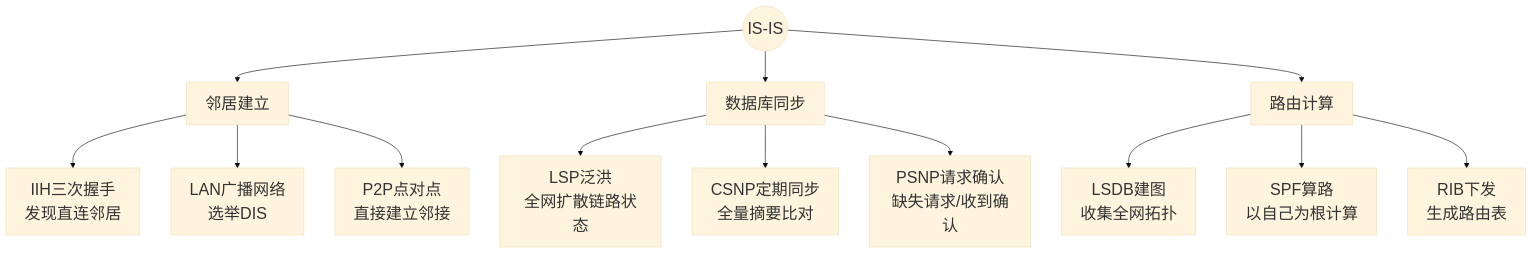
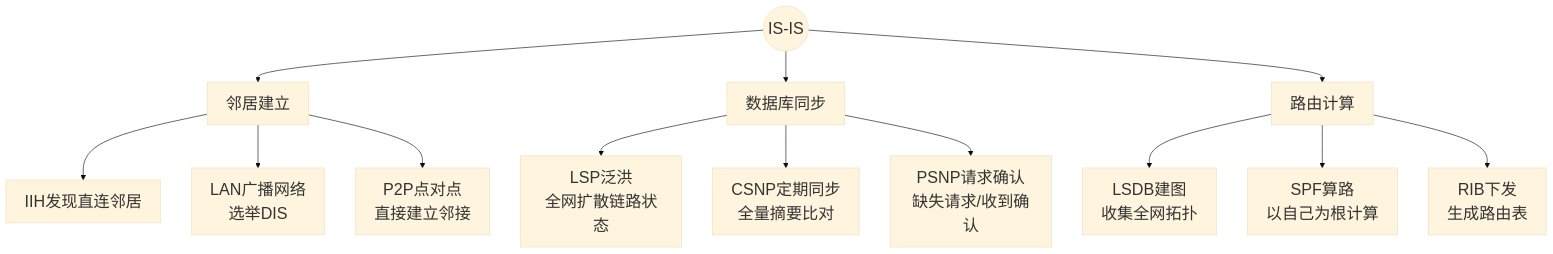
One commit to xbzb404/note changed the first of 6 diagrams in DAY6-IS-IS路由协议知识大纲.md. Above: the diagram before and after it, drawn with Mermaid. The commit also changed other lines of this file and 1 other file, not shown here.

````diff
--- a/DAY6-IS-IS路由协议知识大纲.md
+++ b/DAY6-IS-IS路由协议知识大纲.md
@@ -12,20 +11,20 @@
 ```mermaid
 %%{init: {'theme': 'base', 'themeVariables': {'fontSize': '26px'}}}%%
 flowchart TD
   ISIS((IS-IS))
   ISIS --> A[邻居建立]
   ISIS --> B[数据库同步]
   ISIS --> C[路由计算]
   
-  A --> A1[IIH三次握手<br/>发现直连邻居]
+  A --> A1[IIH发现直连邻居]
   A --> A2[LAN广播网络<br/>选举DIS]
   A --> A3[P2P点对点<br/>直接建立邻接]
   
   B --> B1[LSP泛洪<br/>全网扩散链路状态]
   B --> B2[CSNP定期同步<br/>全量摘要比对]
   B --> B3[PSNP请求确认<br/>缺失请求/收到确认]
   
   C --> C1[LSDB建图<br/>收集全网拓扑]
   C --> C2[SPF算路<br/>以自己为根计算]
   C --> C3[RIB下发<br/>生成路由表]
 ```
````
